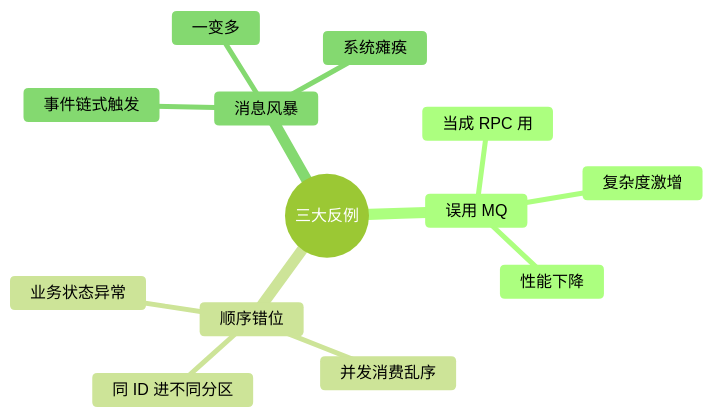
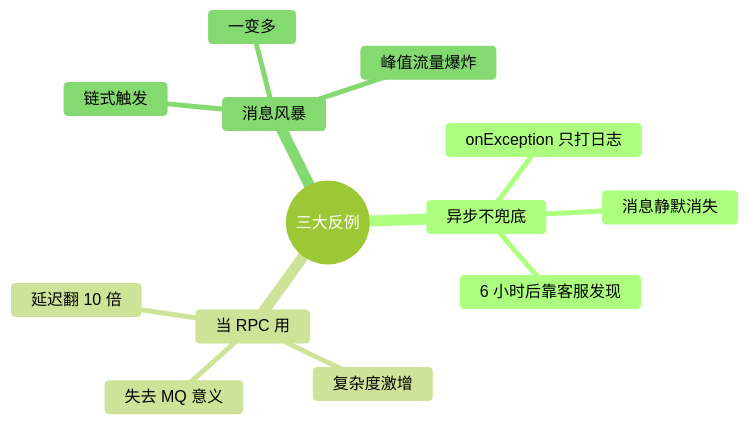
The ninth of 12 diagrams in docs/10.真经/05.方案设计思想/08.消息队列方案选型.md (chongyang211/YCBookBlog), drawn with Mermaid (forest theme) before and after one commit. The commit also changed other lines of this file and 36 other files, not shown here.

````diff
--- a/docs/10.真经/05.方案设计思想/08.消息队列方案选型.md
+++ b/docs/10.真经/05.方案设计思想/08.消息队列方案选型.md
@@ -578,16 +779,16 @@
 ```mermaid
 mindmap
   root((三大反例))
-    误用 MQ
-      当成 RPC 用
+    异步不兜底
+      onException 只打日志
+      消息静默消失
+      6 小时后靠客服发现
+    当 RPC 用
+      延迟翻 10 倍
       复杂度激增
-      性能下降
-    顺序错位
-      同 ID 进不同分区
-      并发消费乱序
-      业务状态异常
+      失去 MQ 意义
     消息风暴
-      事件链式触发
+      链式触发
       一变多
-      系统瘫痪
+      峰值流量爆炸
 ```
````
